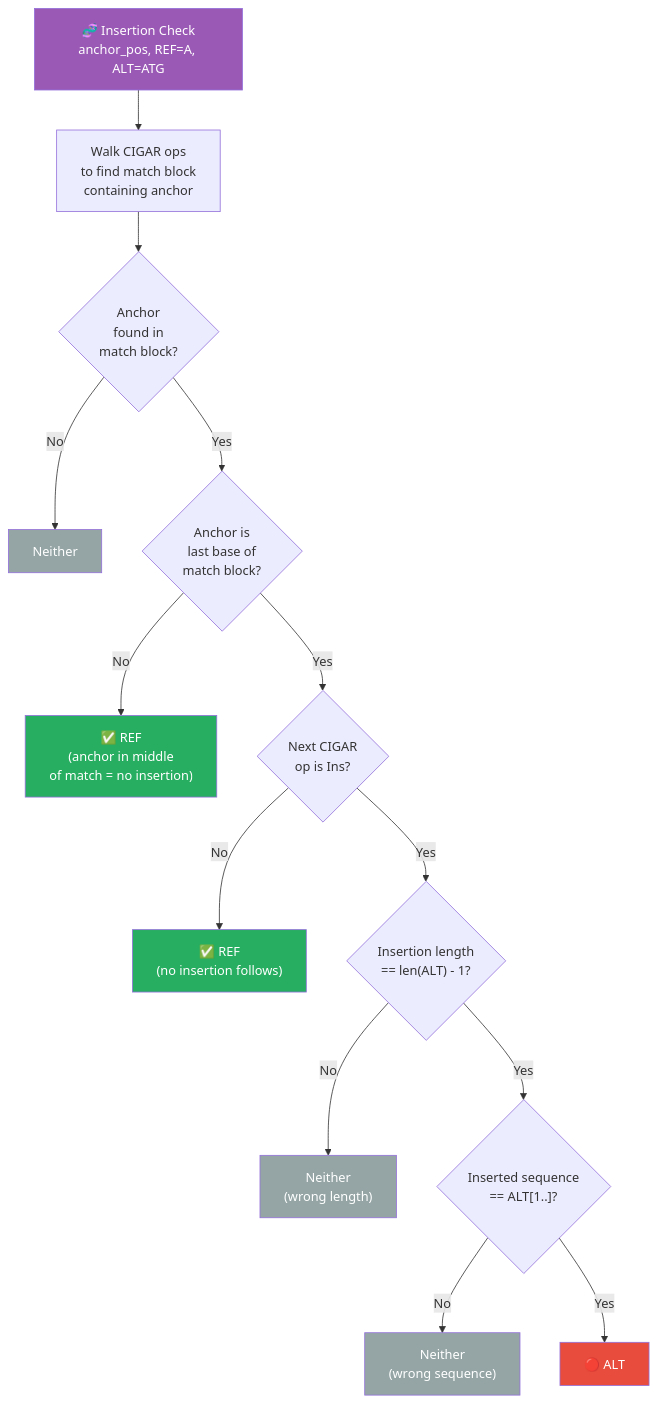
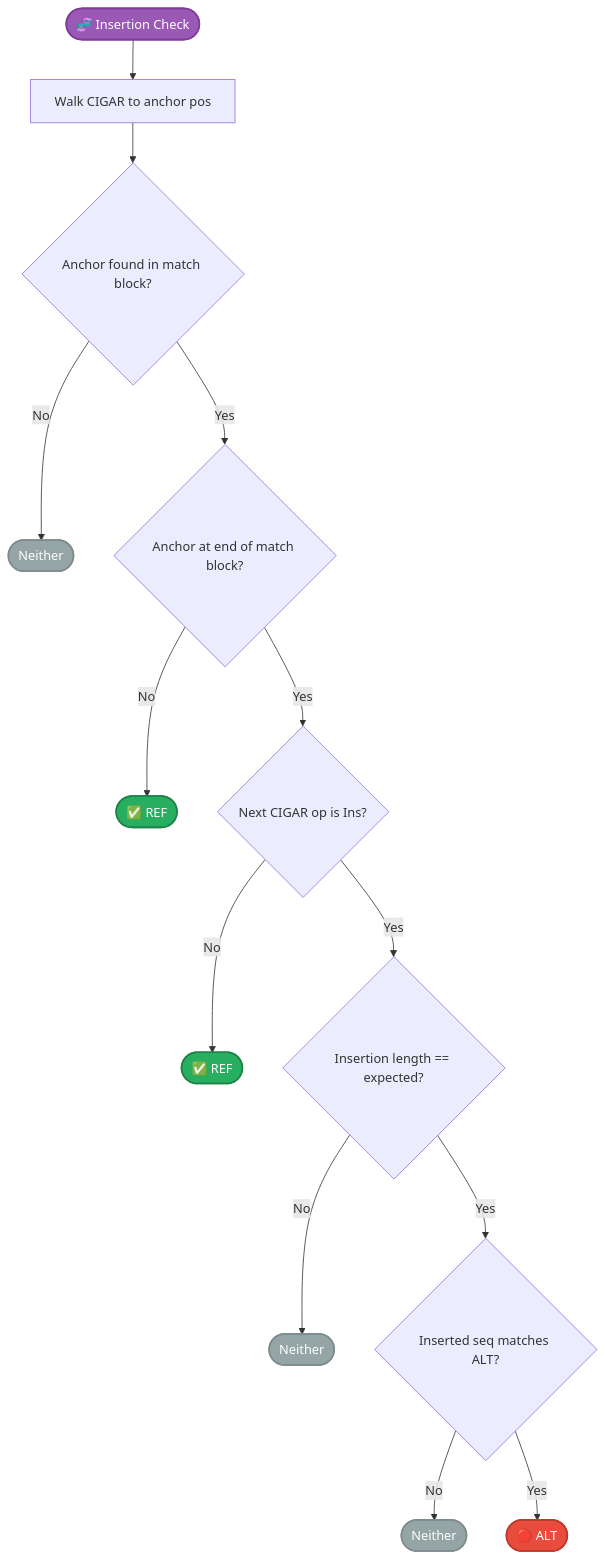
The fourth of 10 diagrams in docs/reference/variant-counting.md (msk-access/py-gbcms), drawn with Mermaid before and after one commit. The commit also changed other lines of this file and 2 other files, not shown here.

````diff
--- a/docs/reference/variant-counting.md
+++ b/docs/reference/variant-counting.md
@@ -147,23 +169,20 @@
 ```mermaid
 flowchart TD
-    Start["🧬 Insertion Check\nanchor_pos, REF=A, ALT=ATG"] --> Walk["Walk CIGAR ops\nto find match block\ncontaining anchor"]
-    Walk --> Found{"Anchor\nfound in\nmatch block?"}
-    Found -->|No| Neither["Neither"]
-    Found -->|Yes| AtEnd{"Anchor is\nlast base of\nmatch block?"}
-    AtEnd -->|No| Ref["✅ REF\n(anchor in middle\nof match = no insertion)"]
-    AtEnd -->|Yes| NextOp{"Next CIGAR\nop is Ins?"}
-    NextOp -->|No| Ref2["✅ REF\n(no insertion follows)"]
-    NextOp -->|Yes| LenCheck{"Insertion length\n== len(ALT) - 1?"}
-    LenCheck -->|No| Neither2["Neither\n(wrong length)"]
-    LenCheck -->|Yes| SeqCheck{"Inserted sequence\n== ALT[1..]?"}
-    SeqCheck -->|No| Neither3["Neither\n(wrong sequence)"]
-    SeqCheck -->|Yes| Alt["🔴 ALT"]
+    Start([🧬 Insertion Check]):::start --> Walk[Walk CIGAR to anchor pos]
+    Walk --> Found{Anchor found in match block?}
+    Found -->|No| Neither1([Neither]):::neither
+    Found -->|Yes| AtEnd{Anchor at end of match block?}
+    AtEnd -->|No| Ref1([✅ REF]):::ref
+    AtEnd -->|Yes| NextOp{Next CIGAR op is Ins?}
+    NextOp -->|No| Ref2([✅ REF]):::ref
+    NextOp -->|Yes| LenCheck{Insertion length == expected?}
+    LenCheck -->|No| Neither2([Neither]):::neither
+    LenCheck -->|Yes| SeqCheck{Inserted seq matches ALT?}
+    SeqCheck -->|No| Neither3([Neither]):::neither
+    SeqCheck -->|Yes| Alt([🔴 ALT]):::alt
 
-    style Start fill:#9b59b6,color:#fff
-    style Ref fill:#27ae60,color:#fff
-    style Ref2 fill:#27ae60,color:#fff
-    style Alt fill:#e74c3c,color:#fff
-    style Neither fill:#95a5a6,color:#fff
-    style Neither2 fill:#95a5a6,color:#fff
-    style Neither3 fill:#95a5a6,color:#fff
+    classDef start fill:#9b59b6,color:#fff,stroke:#7d3c98,stroke-width:2px;
+    classDef ref fill:#27ae60,color:#fff,stroke:#1e8449,stroke-width:2px;
+    classDef alt fill:#e74c3c,color:#fff,stroke:#c0392b,stroke-width:2px;
+    classDef neither fill:#95a5a6,color:#fff,stroke:#7f8c8d,stroke-width:2px;
 ```
````
